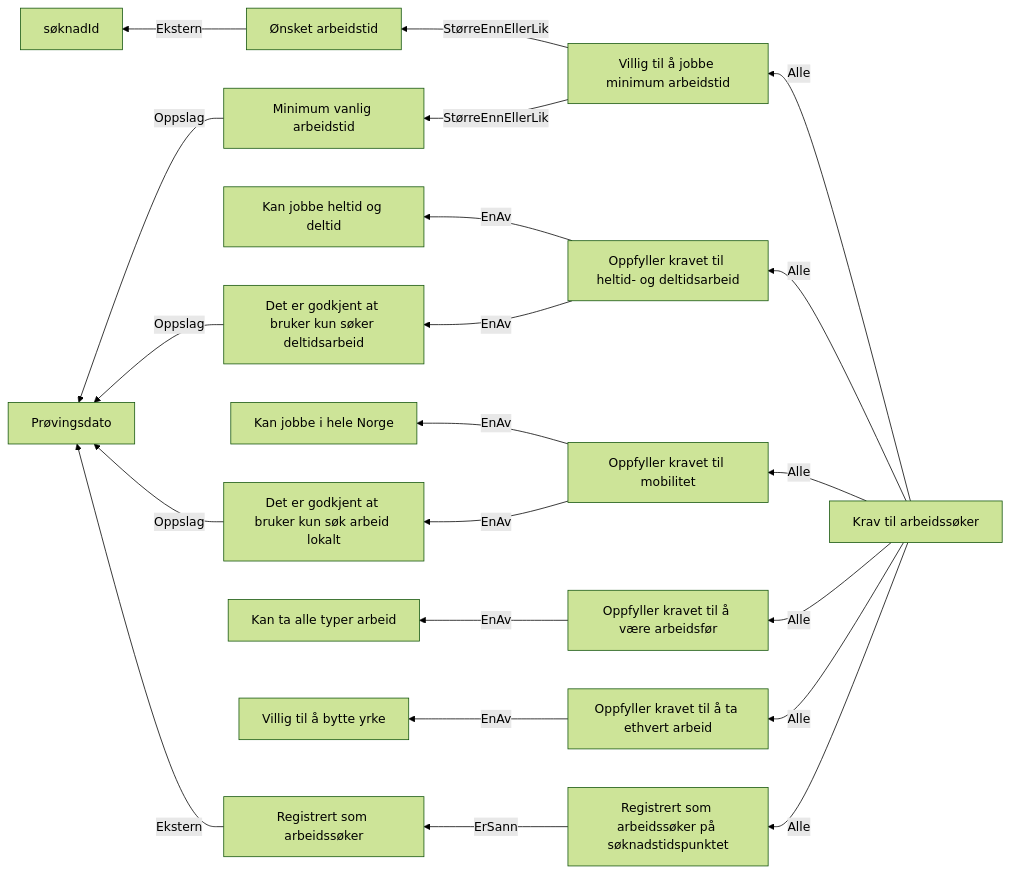
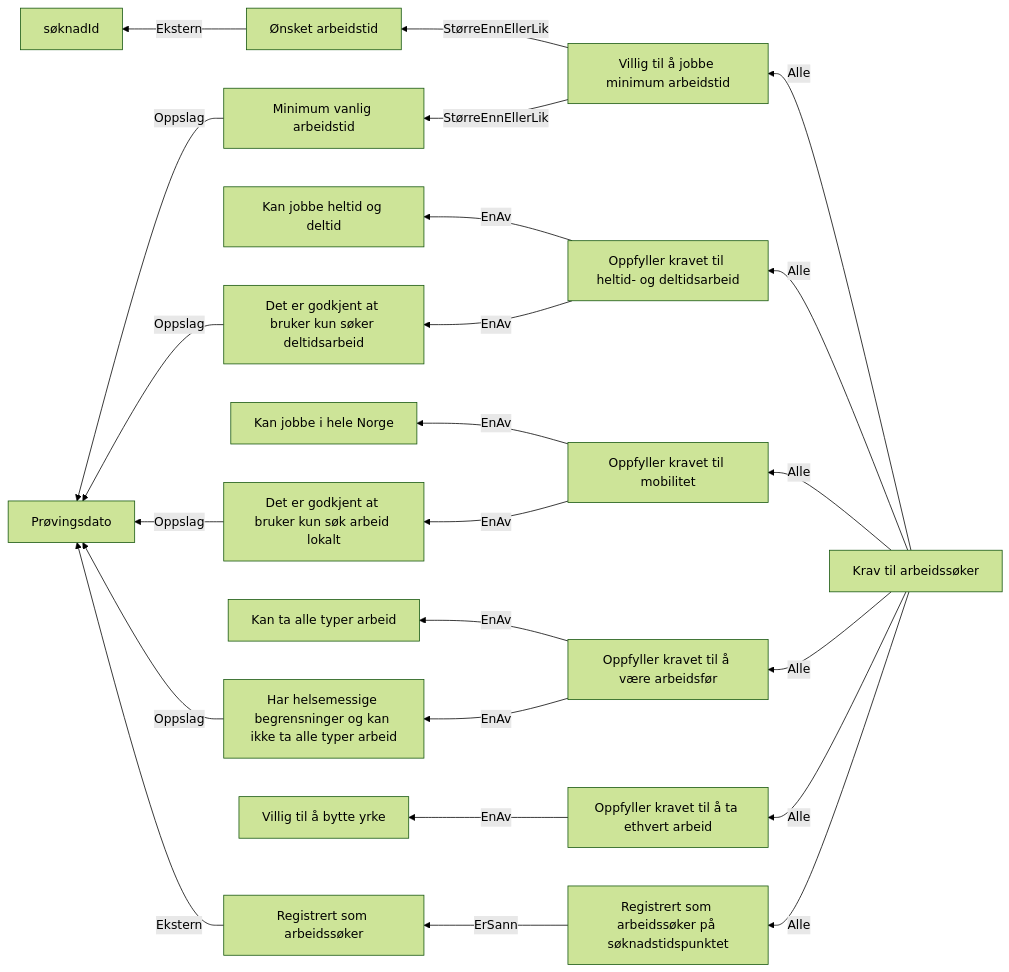
Before and after one commit to navikt/dp-vedtak: the diagram in docs/regler/§ 4-5. Reelle arbeidssøkere.approved.md, drawn with Mermaid (forest theme). The commit also changed 1 other file, not shown here.

Commit message:
Del avklaringen for nei på reell arbeidssøker og ikke registrert opp i to

````diff
--- a/docs/regler/§ 4-5. Reelle arbeidssøkere.approved.md
+++ b/docs/regler/§ 4-5. Reelle arbeidssøkere.approved.md
@@ -5,23 +5,25 @@
 ```mermaid
 graph RL
   A["Ønsket arbeidstid"] -->|"Ekstern"| B["søknadId"]
   C["Minimum vanlig arbeidstid"] -->|"Oppslag"| D["Prøvingsdato"]
   E["Villig til å jobbe minimum arbeidstid"] -->|"StørreEnnEllerLik"| A["Ønsket arbeidstid"]
   E["Villig til å jobbe minimum arbeidstid"] -->|"StørreEnnEllerLik"| C["Minimum vanlig arbeidstid"]
   F["Det er godkjent at bruker kun søker deltidsarbeid"] -->|"Oppslag"| D["Prøvingsdato"]
   G["Det er godkjent at bruker kun søk arbeid lokalt"] -->|"Oppslag"| D["Prøvingsdato"]
-  H["Oppfyller kravet til heltid- og deltidsarbeid"] -->|"EnAv"| I["Kan jobbe heltid og deltid"]
-  H["Oppfyller kravet til heltid- og deltidsarbeid"] -->|"EnAv"| F["Det er godkjent at bruker kun søker deltidsarbeid"]
-  J["Oppfyller kravet til mobilitet"] -->|"EnAv"| K["Kan jobbe i hele Norge"]
-  J["Oppfyller kravet til mobilitet"] -->|"EnAv"| G["Det er godkjent at bruker kun søk arbeid lokalt"]
-  L["Oppfyller kravet til å være arbeidsfør"] -->|"EnAv"| M["Kan ta alle typer arbeid"]
-  N["Oppfyller kravet til å ta ethvert arbeid"] -->|"EnAv"| O["Villig til å bytte yrke"]
-  P["Registrert som arbeidssøker"] -->|"Ekstern"| D["Prøvingsdato"]
-  Q["Registrert som arbeidssøker på søknadstidspunktet"] -->|"ErSann"| P["Registrert som arbeidssøker"]
-  R["Krav til arbeidssøker"] -->|"Alle"| E["Villig til å jobbe minimum arbeidstid"]
-  R["Krav til arbeidssøker"] -->|"Alle"| H["Oppfyller kravet til heltid- og deltidsarbeid"]
-  R["Krav til arbeidssøker"] -->|"Alle"| J["Oppfyller kravet til mobilitet"]
-  R["Krav til arbeidssøker"] -->|"Alle"| L["Oppfyller kravet til å være arbeidsfør"]
-  R["Krav til arbeidssøker"] -->|"Alle"| N["Oppfyller kravet til å ta ethvert arbeid"]
-  R["Krav til arbeidssøker"] -->|"Alle"| Q["Registrert som arbeidssøker på søknadstidspunktet"]
+  H["Har helsemessige begrensninger og kan ikke ta alle typer arbeid"] -->|"Oppslag"| D["Prøvingsdato"]
+  I["Oppfyller kravet til heltid- og deltidsarbeid"] -->|"EnAv"| J["Kan jobbe heltid og deltid"]
+  I["Oppfyller kravet til heltid- og deltidsarbeid"] -->|"EnAv"| F["Det er godkjent at bruker kun søker deltidsarbeid"]
+  K["Oppfyller kravet til mobilitet"] -->|"EnAv"| L["Kan jobbe i hele Norge"]
+  K["Oppfyller kravet til mobilitet"] -->|"EnAv"| G["Det er godkjent at bruker kun søk arbeid lokalt"]
+  M["Oppfyller kravet til å være arbeidsfør"] -->|"EnAv"| N["Kan ta alle typer arbeid"]
+  M["Oppfyller kravet til å være arbeidsfør"] -->|"EnAv"| H["Har helsemessige begrensninger og kan ikke ta alle typer arbeid"]
+  O["Oppfyller kravet til å ta ethvert arbeid"] -->|"EnAv"| P["Villig til å bytte yrke"]
+  Q["Registrert som arbeidssøker"] -->|"Ekstern"| D["Prøvingsdato"]
+  R["Registrert som arbeidssøker på søknadstidspunktet"] -->|"ErSann"| Q["Registrert som arbeidssøker"]
+  S["Krav til arbeidssøker"] -->|"Alle"| E["Villig til å jobbe minimum arbeidstid"]
+  S["Krav til arbeidssøker"] -->|"Alle"| I["Oppfyller kravet til heltid- og deltidsarbeid"]
+  S["Krav til arbeidssøker"] -->|"Alle"| K["Oppfyller kravet til mobilitet"]
+  S["Krav til arbeidssøker"] -->|"Alle"| M["Oppfyller kravet til å være arbeidsfør"]
+  S["Krav til arbeidssøker"] -->|"Alle"| O["Oppfyller kravet til å ta ethvert arbeid"]
+  S["Krav til arbeidssøker"] -->|"Alle"| R["Registrert som arbeidssøker på søknadstidspunktet"]
 ```
````
